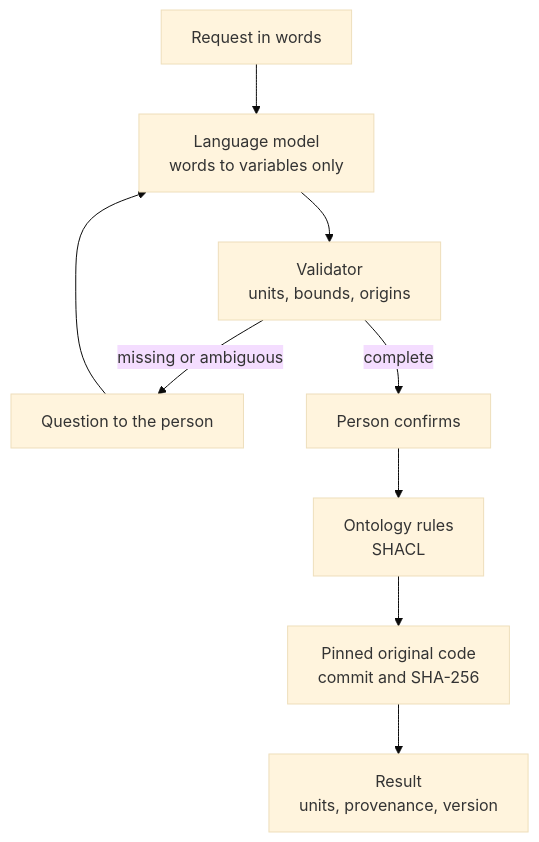
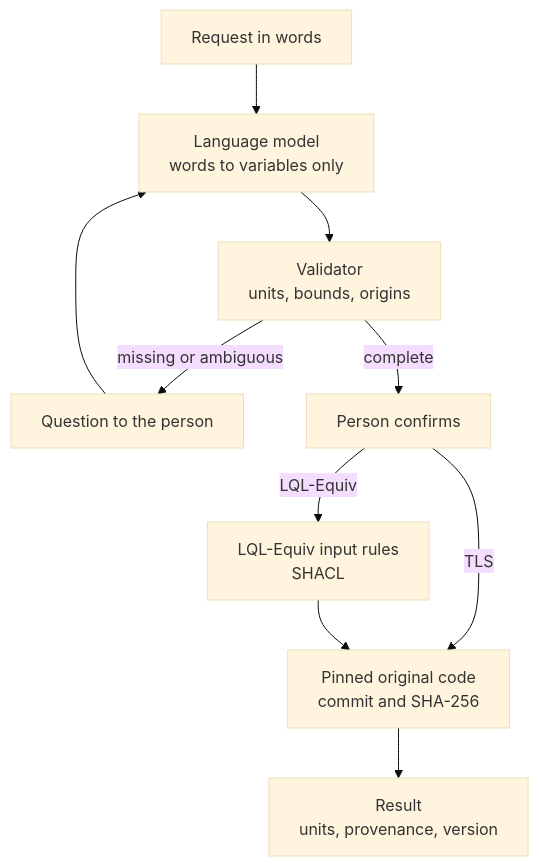
The diagram in README.md (cyrilvoyant/websemantic), drawn with Mermaid (base theme) before and after one commit. The commit also changed other lines of this file, not shown here.

````diff
--- a/README.md
+++ b/README.md
@@ -47,11 +47,12 @@
 ```mermaid
 flowchart TD
     A["Request in words"] --> B["Language model<br/>words to variables only"]
     B --> C["Validator<br/>units, bounds, origins"]
     C -- "missing or ambiguous" --> D["Question to the person"]
     D --> B
     C -- "complete" --> E["Person confirms"]
-    E --> F["Ontology rules<br/>SHACL"]
+    E -- "LQL-Equiv" --> F["LQL-Equiv input rules<br/>SHACL"]
+    E -- "TLS" --> G
     F --> G["Pinned original code<br/>commit and SHA-256"]
     G --> H["Result<br/>units, provenance, version"]
 ```
````
